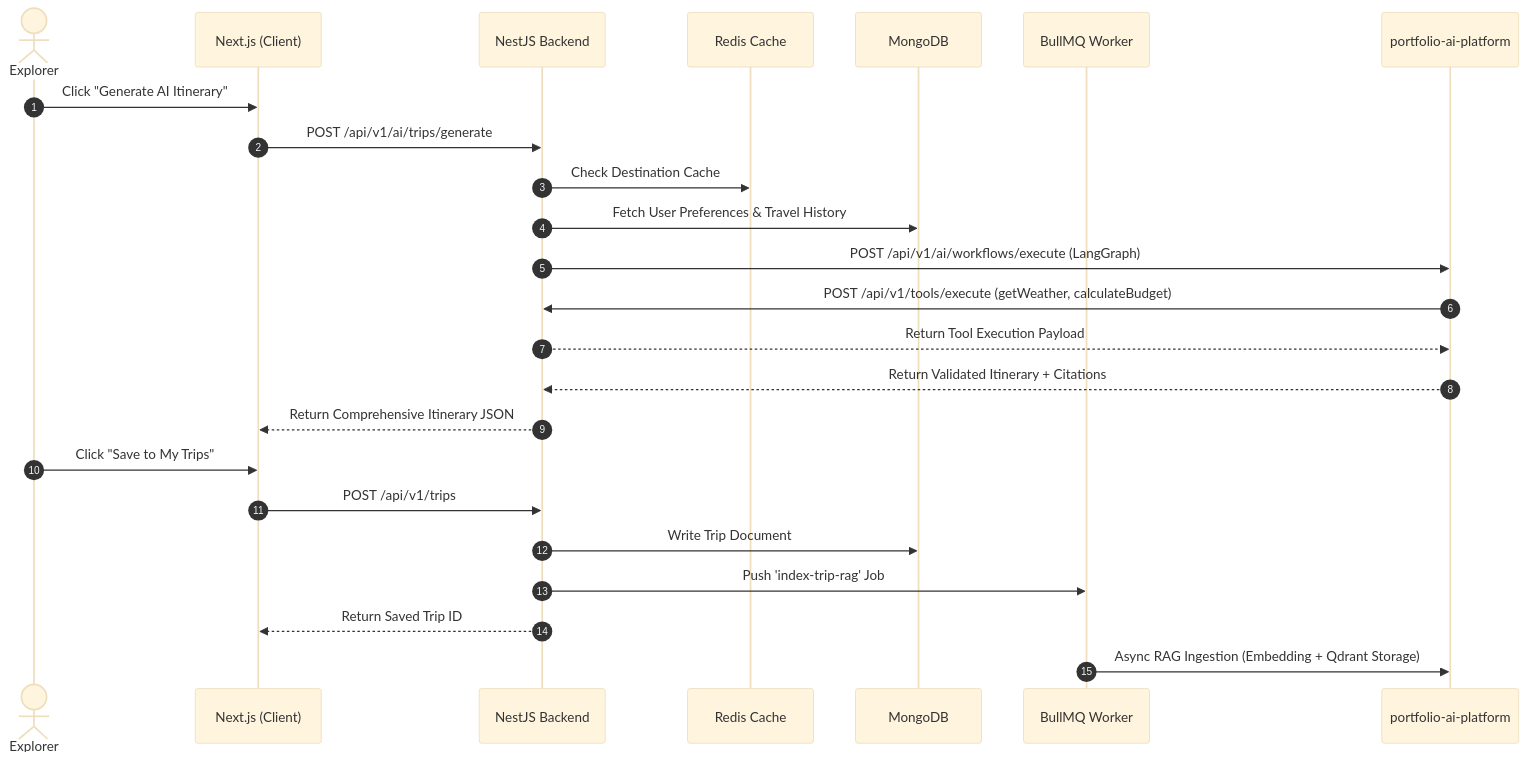
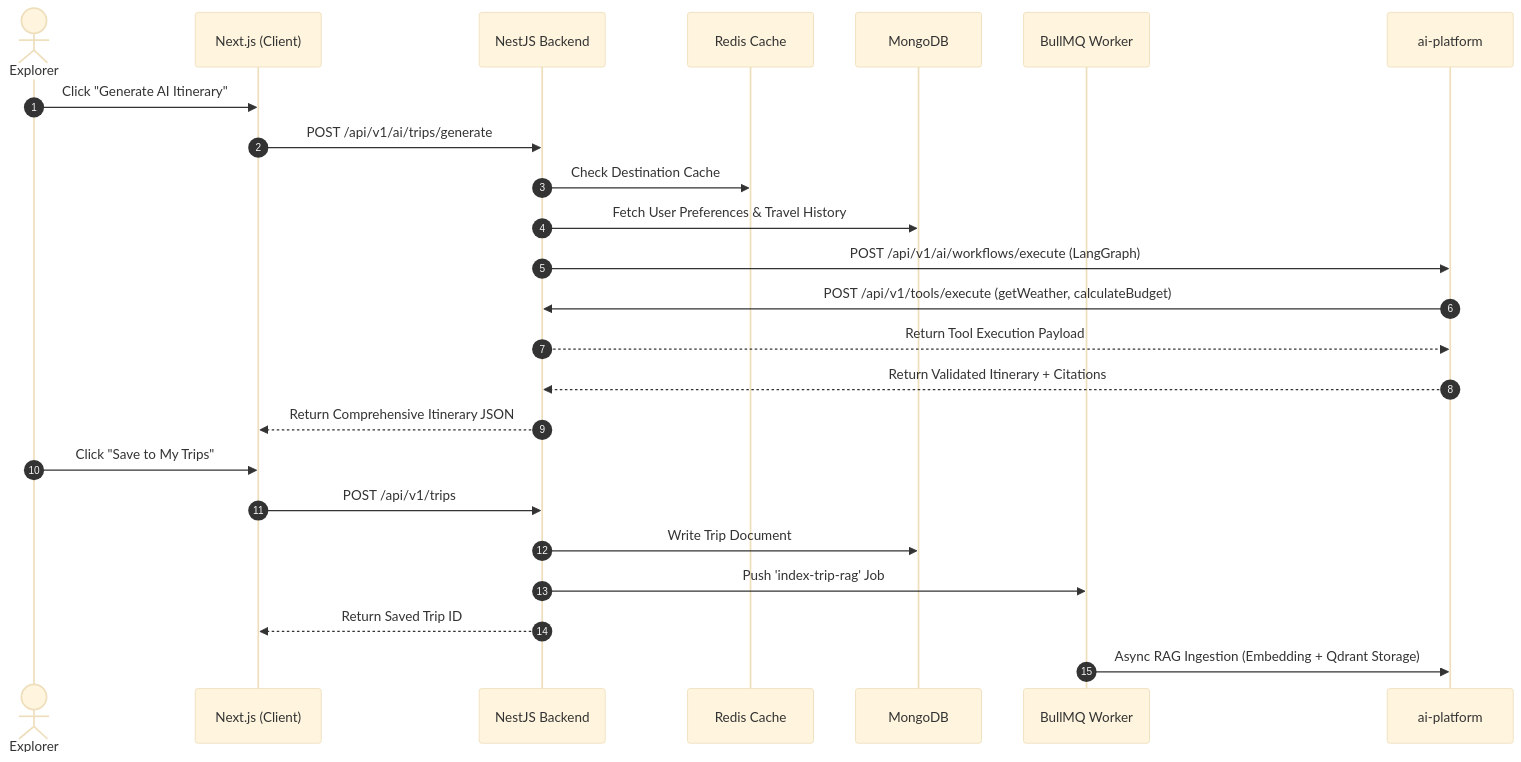
Before and after one commit to rishank-kesarwani/ai-travel-planner: the second of 4 diagrams in README.md, drawn with Mermaid (base theme). The commit also changed other lines of this file, not shown here.

````diff
--- a/README.md
+++ b/README.md
@@ -85,27 +85,27 @@
 ```mermaid
 sequenceDiagram
     autonumber
     actor User as Explorer
     participant FE as Next.js (Client)
     participant BE as NestJS Backend
     participant Redis as Redis Cache
     participant DB as MongoDB
     participant Queue as BullMQ Worker
-    participant AI as portfolio-ai-platform
+    participant AI as ai-platform
 
     User->>FE: Click "Generate AI Itinerary"
     FE->>BE: POST /api/v1/ai/trips/generate
     BE->>Redis: Check Destination Cache
     BE->>DB: Fetch User Preferences & Travel History
     BE->>AI: POST /api/v1/ai/workflows/execute (LangGraph)
     AI->>BE: POST /api/v1/tools/execute (getWeather, calculateBudget)
     BE-->>AI: Return Tool Execution Payload
     AI-->>BE: Return Validated Itinerary + Citations
     BE-->>FE: Return Comprehensive Itinerary JSON
     User->>FE: Click "Save to My Trips"
     FE->>BE: POST /api/v1/trips
     BE->>DB: Write Trip Document
     BE->>Queue: Push 'index-trip-rag' Job
     BE-->>FE: Return Saved Trip ID
     Queue->>AI: Async RAG Ingestion (Embedding + Qdrant Storage)
 ```
````
